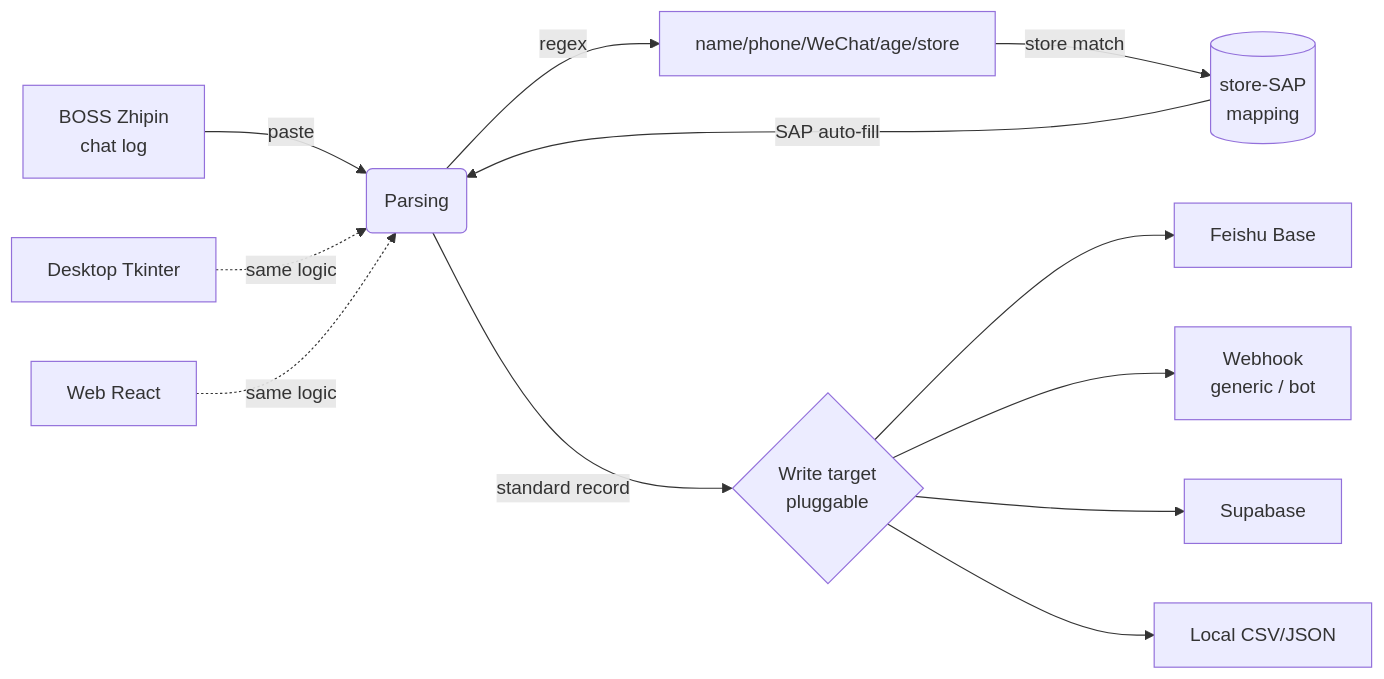
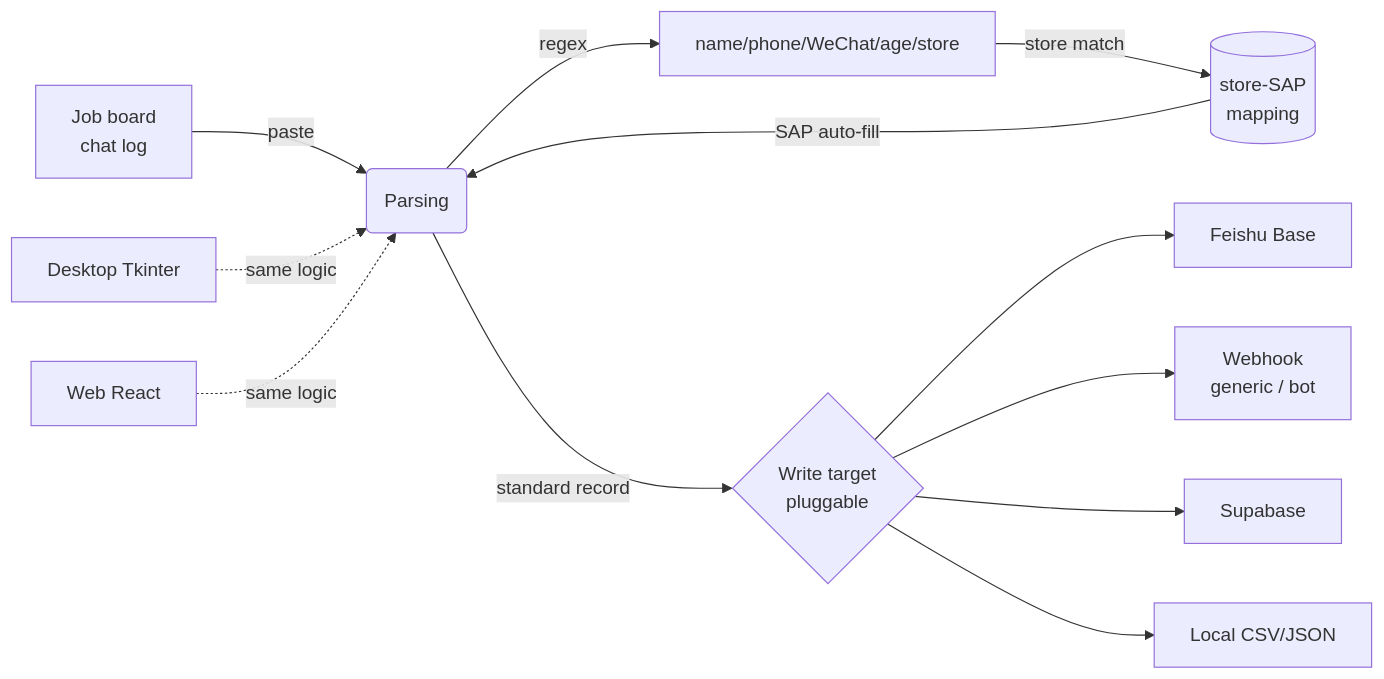
The diagram in README.en.md (wang189327-wq/candidate-entry), drawn with Mermaid before and after one commit. The commit also changed other lines of this file and 9 other files, not shown here.

````diff
--- a/README.en.md
+++ b/README.en.md
@@ -89,14 +89,14 @@
 ```mermaid
 flowchart LR
-    A[BOSS Zhipin<br/>chat log] -->|paste| B(Parsing)
+    A[Job board<br/>chat log] -->|paste| B(Parsing)
     B -->|regex| C[name/phone/WeChat/age/store]
     C -->|store match| D[(store-SAP<br/>mapping)]
     D -->|SAP auto-fill| B
     B -->|standard record| T{Write target<br/>pluggable}
     T --> E[Feishu Base]
     T --> F[Webhook<br/>generic / bot]
     T --> G[Supabase]
     T --> I[Local CSV/JSON]
     J[Desktop Tkinter] -.same logic.-> B
     K[Web React] -.same logic.-> B
 ```
````
